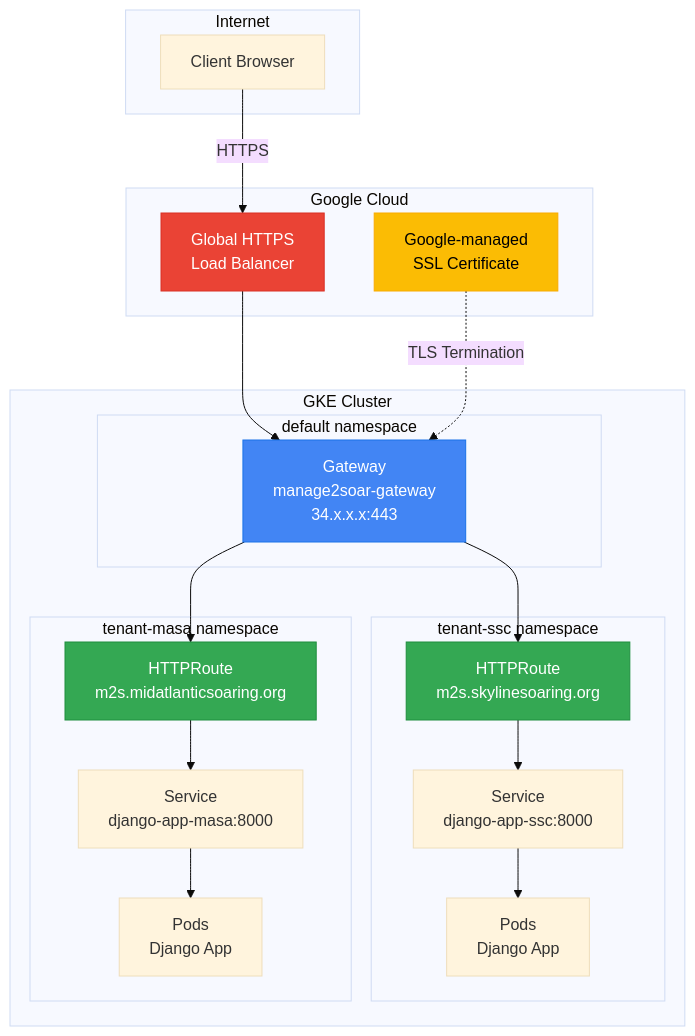
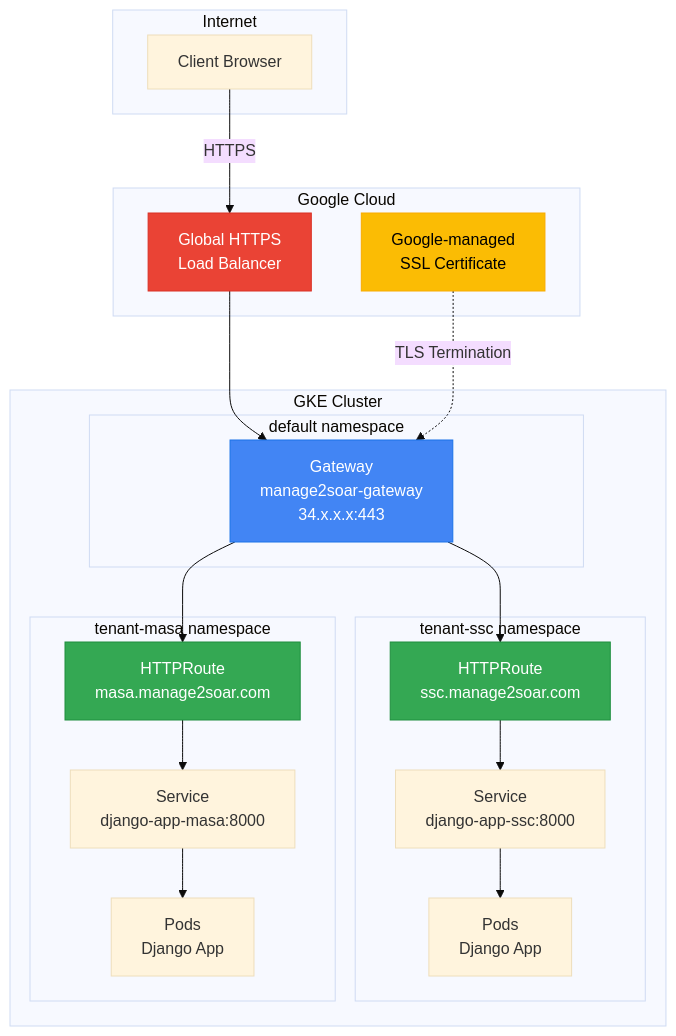
The diagram in infrastructure/ansible/docs/gke-gateway-ingress-guide.md (pietbarber/Manage2Soar), drawn with Mermaid (base theme) before and after one commit. The commit also changed other lines of this file and 6 other files, not shown here.

````diff
--- a/infrastructure/ansible/docs/gke-gateway-ingress-guide.md
+++ b/infrastructure/ansible/docs/gke-gateway-ingress-guide.md
@@ -7,43 +7,43 @@
 ```mermaid
 graph TB
     subgraph "Internet"
         client[Client Browser]
     end
 
     subgraph "GKE Cluster"
         subgraph "default namespace"
             gateway["Gateway<br/>manage2soar-gateway<br/>34.x.x.x:443"]
         end
 
         subgraph "tenant-ssc namespace"
-            route_ssc["HTTPRoute<br/>m2s.skylinesoaring.org"]
+            route_ssc["HTTPRoute<br/>ssc.manage2soar.com"]
             svc_ssc["Service<br/>django-app-ssc:8000"]
             pods_ssc["Pods<br/>Django App"]
         end
 
         subgraph "tenant-masa namespace"
-            route_masa["HTTPRoute<br/>m2s.midatlanticsoaring.org"]
+            route_masa["HTTPRoute<br/>masa.manage2soar.com"]
             svc_masa["Service<br/>django-app-masa:8000"]
             pods_masa["Pods<br/>Django App"]
         end
     end
 
     subgraph "Google Cloud"
         ssl["Google-managed<br/>SSL Certificate"]
         lb["Global HTTPS<br/>Load Balancer"]
     end
 
     client -->|HTTPS| lb
     lb --> gateway
     gateway --> route_ssc
     gateway --> route_masa
     route_ssc --> svc_ssc --> pods_ssc
     route_masa --> svc_masa --> pods_masa
     ssl -.->|TLS Termination| gateway
 
     style gateway fill:#4285F4,stroke:#1A73E8,color:#fff
     style route_ssc fill:#34A853,stroke:#1E8E3E,color:#fff
     style route_masa fill:#34A853,stroke:#1E8E3E,color:#fff
     style ssl fill:#FBBC04,stroke:#F9AB00,color:#000
     style lb fill:#EA4335,stroke:#D93025,color:#fff
 ```
````
